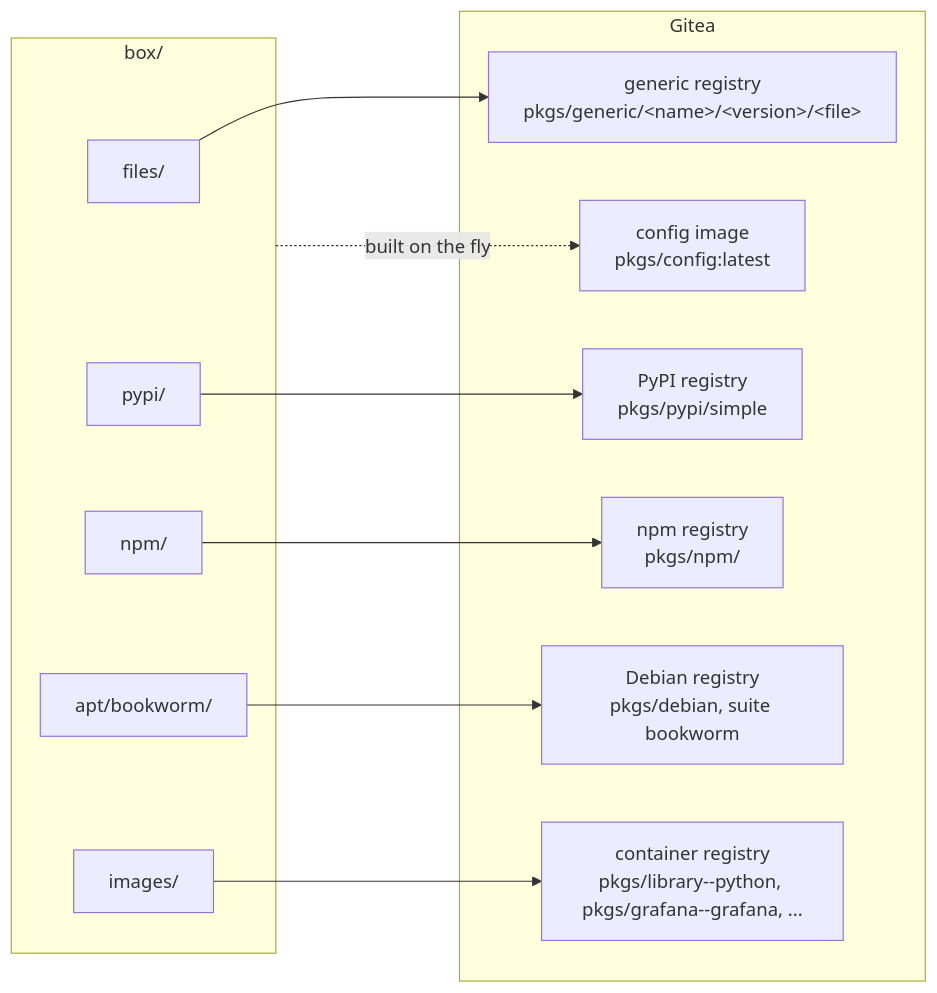
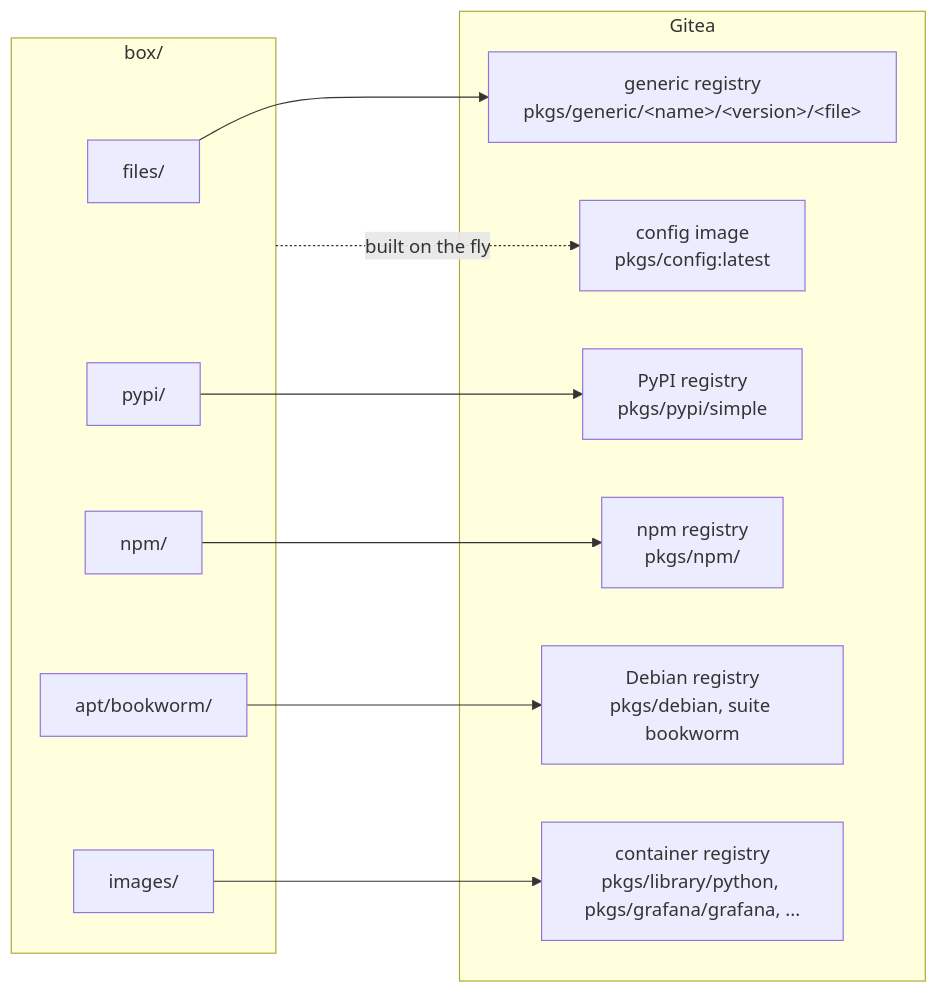
Before and after one commit to bshadmehr98/outpost: the diagram in docs/tutorial/06-upload.md, drawn with Mermaid. The commit also changed other lines of this file and 37 other files, not shown here.

````diff
--- a/docs/tutorial/06-upload.md
+++ b/docs/tutorial/06-upload.md
@@ -12,20 +12,20 @@
 ```mermaid
 flowchart LR
     subgraph box["box/"]
         f["files/"]; p["pypi/"]; n["npm/"]; a["apt/bookworm/"]; i["images/"]
     end
     subgraph gitea["Gitea"]
         gf["generic registry<br/>pkgs/generic/&lt;name&gt;/&lt;version&gt;/&lt;file&gt;"]
         gp["PyPI registry<br/>pkgs/pypi/simple"]
         gn["npm registry<br/>pkgs/npm/"]
         ga["Debian registry<br/>pkgs/debian, suite bookworm"]
-        gi["container registry<br/>pkgs/library--python, pkgs/grafana--grafana, ..."]
+        gi["container registry<br/>pkgs/library/python, pkgs/grafana/grafana, ..."]
         gc["config image<br/>pkgs/config:latest"]
     end
     f --> gf
     p --> gp
     n --> gn
     a --> ga
     i --> gi
     box -. "built on the fly" .-> gc
 ```
````
